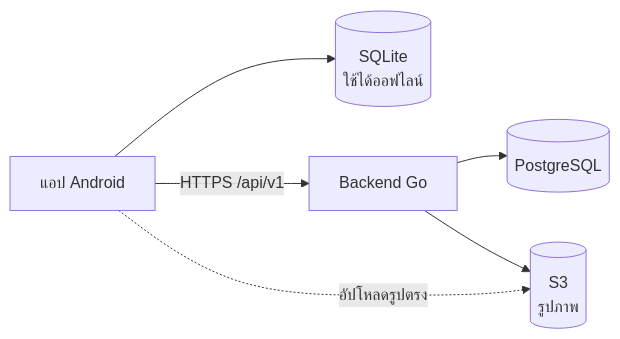
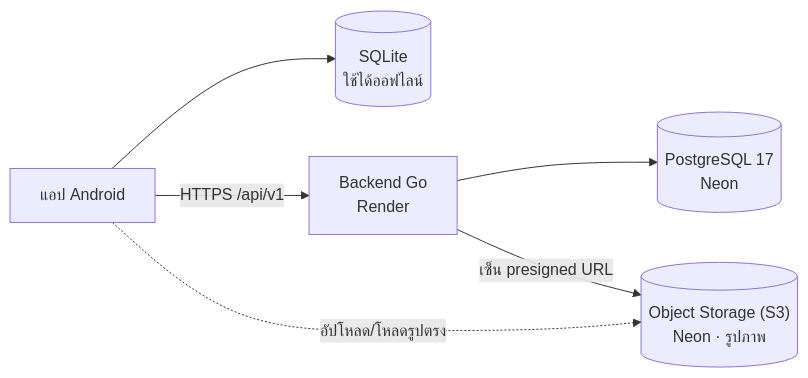
One commit to suphanatchanlek30/RunTrail changed the diagram in README.md. Above: the diagram before and after it, drawn with Mermaid. The commit also changed other lines of this file and 7 other files, not shown here.

First line of the commit message:
Docs: production on Render + Neon, APK install and signing

````diff
--- a/README.md
+++ b/README.md
@@ -81,8 +85,8 @@
 ```mermaid
 flowchart LR
     App["แอป Android"] --> Local[("SQLite<br/>ใช้ได้ออฟไลน์")]
-    App -- "HTTPS /api/v1" --> API["Backend Go"]
-    API --> PG[("PostgreSQL")]
-    API --> S3[("S3<br/>รูปภาพ")]
-    App -. "อัปโหลดรูปตรง" .-> S3
+    App -- "HTTPS /api/v1" --> API["Backend Go<br/>Render"]
+    API --> PG[("PostgreSQL 17<br/>Neon")]
+    API -- "เซ็น presigned URL" --> S3[("Object Storage (S3)<br/>Neon · รูปภาพ")]
+    App -. "อัปโหลด/โหลดรูปตรง" .-> S3
 ```
````
